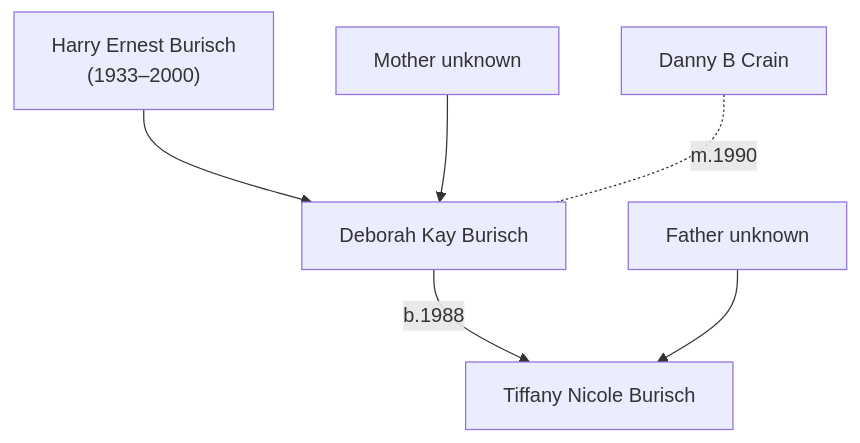
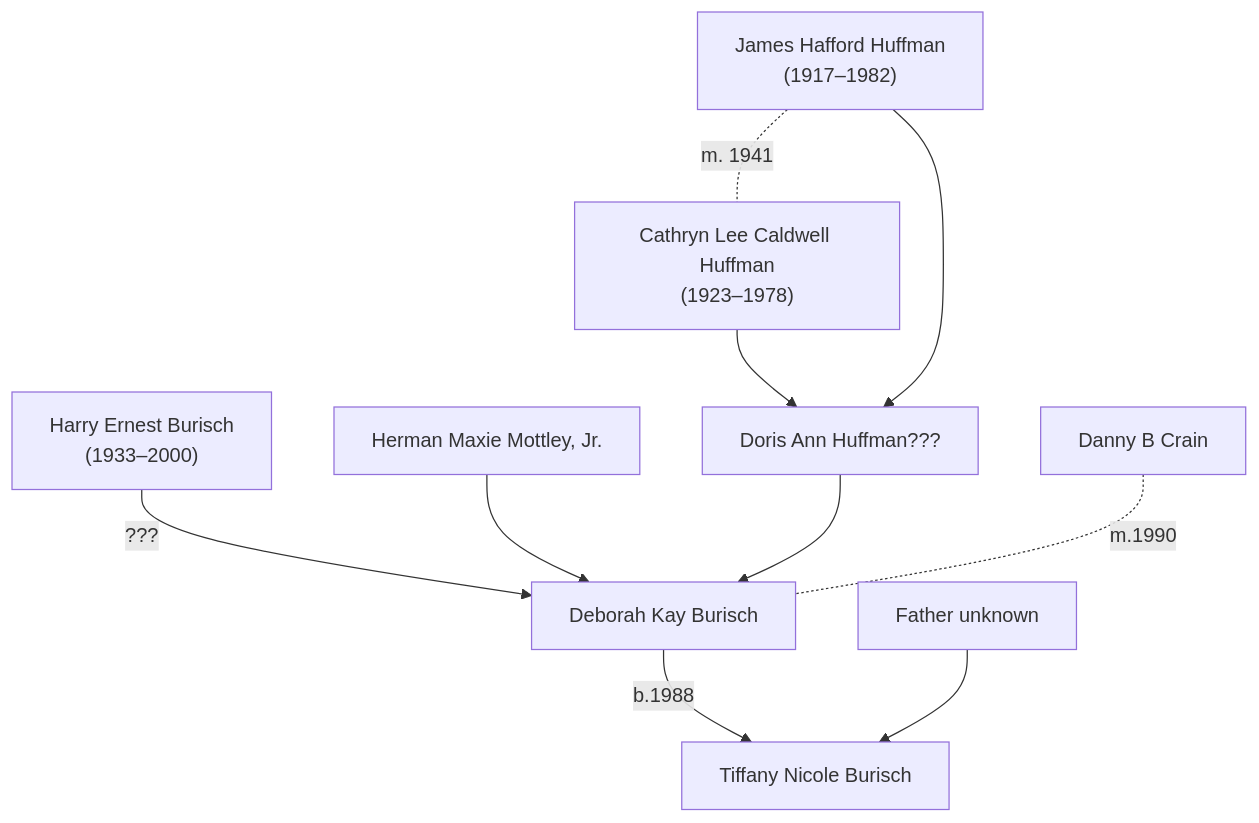
The diagram in docs/people/burisch_deborah.md (Black-Star-Institute/blackstar.github.io), drawn with Mermaid before and after one commit. The commit also changed other lines of this file and 25 other files, not shown here.

Commit message:
Add Burisch files, Huffman info

````diff
--- a/docs/people/burisch_deborah.md
+++ b/docs/people/burisch_deborah.md
@@ -32,8 +48,12 @@
 ```mermaid
 graph TD;
-  harry["Harry Ernest Burisch\n(1933&ndash;2000)"] --> deborah
-  mum[Mother unknown] --> deborah
+  grandad -. "m. 1941" .- grandma
+  grandma["Cathryn Lee Caldwell Huffman\n(1923&ndash;1978)"] --> mum
+  grandad["James Hafford Huffman\n(1917&ndash;1982)"] --> mum
+  harry["Harry Ernest Burisch\n(1933&ndash;2000)"] -- "???" --> deborah
+  dad[Herman Maxie Mottley, Jr.] --> deborah
+  mum[Doris Ann Huffman???] --> deborah
   deborah[Deborah Kay Burisch] -- "b.1988" --> tiffany[Tiffany Nicole Burisch]
   anon[Father unknown] --> tiffany
   dan[Danny B Crain] -. "m.1990" .- deborah
 ```
````
